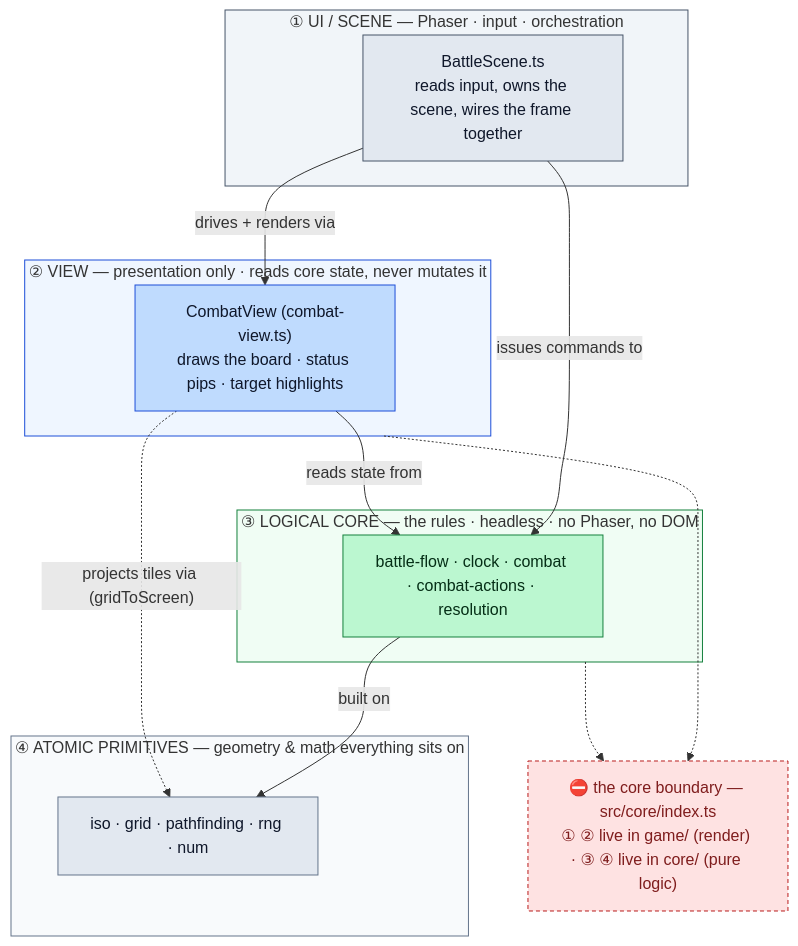
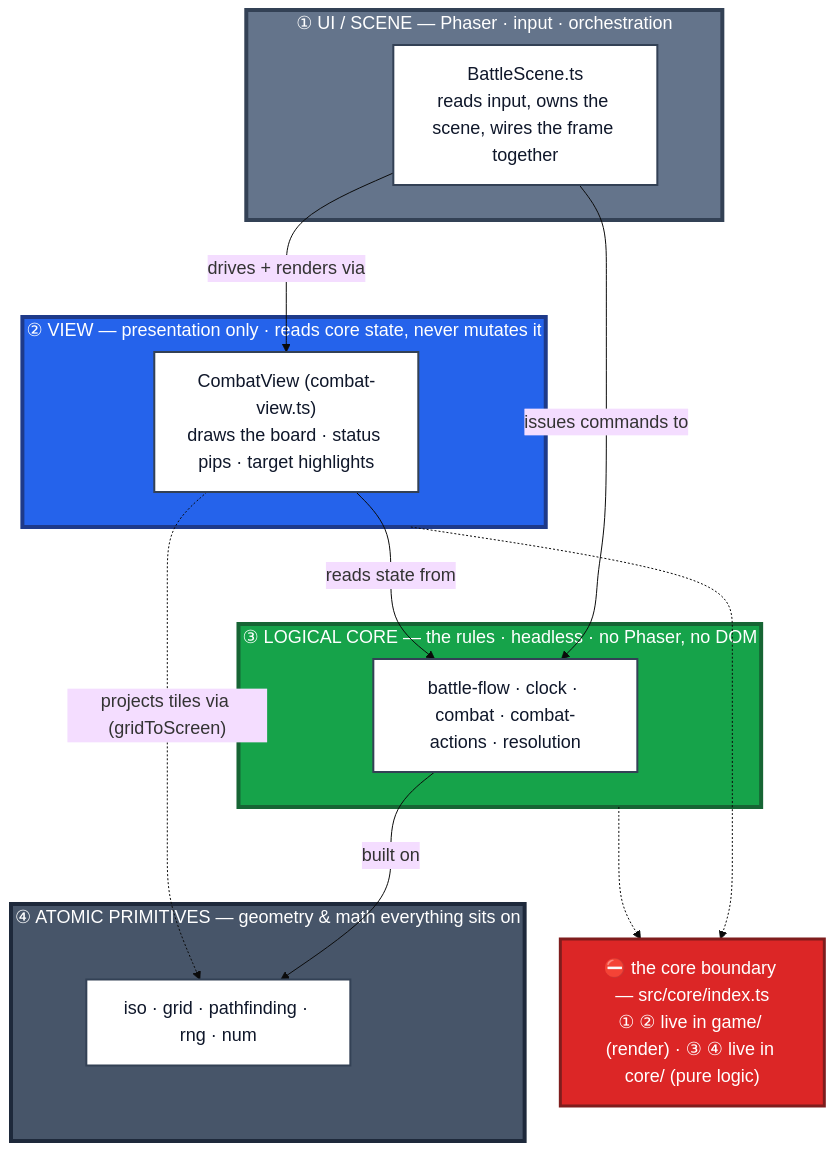
One commit to goplemms/campfire-tactics changed the diagram in docs/design/atlas/08b-processing-stack.md. Above: the diagram before and after it, drawn with Mermaid. The commit also changed 1 other file, not shown here.

Commit message:
docs(atlas): solid-color house style — clearer nesting, larger type
Apply review feedback to the two sample diagrams: replace the pale tinted
palette with solid, distinct scale colors (nesting now reads as concentric
frames), white content boxes for legibility, thicker borders, and a larger
base font via an init directive.

Claude-Session: https://claude.ai/code/session_018SNjNk4PK9FBHroT5abTFo

````diff
--- a/docs/design/atlas/08b-processing-stack.md
+++ b/docs/design/atlas/08b-processing-stack.md
@@ -9,46 +9,40 @@
 ```mermaid
+%%{init: {'theme':'base','themeVariables':{'fontSize':'18px','fontFamily':'ui-sans-serif, system-ui, sans-serif'},'flowchart':{'nodeSpacing':50,'rankSpacing':70,'padding':16}}}%%
 flowchart TB
   subgraph UI["① UI / SCENE — Phaser · input · orchestration"]
     BS["BattleScene.ts<br/>reads input, owns the scene, wires the frame together"]
   end
 
   subgraph VIEW["② VIEW — presentation only · reads core state, never mutates it"]
     CV["CombatView (combat-view.ts)<br/>draws the board · status pips · target highlights"]
   end
 
   subgraph LOGIC["③ LOGICAL CORE — the rules · headless · no Phaser, no DOM"]
     BF["battle-flow · clock · combat · combat-actions · resolution"]
   end
 
   subgraph ATOM["④ ATOMIC PRIMITIVES — geometry & math everything sits on"]
     PRIM["iso · grid · pathfinding · rng · num"]
   end
 
   BS -->|"drives + renders via"| CV
   BS -->|"issues commands to"| BF
   CV -->|"reads state from"| BF
   BF -->|"built on"| PRIM
   CV -.->|"projects tiles via (gridToScreen)"| PRIM
 
   %% ── the invariant that makes the split real ──
   BARRIER["⛔ the core boundary — src/core/index.ts<br/>① ② live in game/ (render) · ③ ④ live in core/ (pure logic)"]
   VIEW -.-> BARRIER
   LOGIC -.-> BARRIER
 
-  classDef ui fill:#E2E8F0,color:#0F172A,stroke:#475569,stroke-width:1px
-  classDef view fill:#BFDBFE,color:#0F172A,stroke:#1D4ED8,stroke-width:1px
-  classDef logic fill:#BBF7D0,color:#052E16,stroke:#15803D,stroke-width:1px
-  classDef atom fill:#E2E8F0,color:#0F172A,stroke:#64748B,stroke-width:1px
-  classDef barrier fill:#FEE2E2,color:#7F1D1D,stroke:#B91C1C,stroke-width:1px,stroke-dasharray:4 3
+  %% white content boxes; solid shelves carry the layer colour
+  classDef leaf fill:#ffffff,color:#0f172a,stroke:#334155,stroke-width:2px
+  class BS,CV,BF,PRIM leaf
 
-  class BS ui
-  class CV view
-  class BF logic
-  class PRIM atom
-  class BARRIER barrier
-
-  style UI fill:#F1F5F9,stroke:#475569
-  style VIEW fill:#EFF6FF,stroke:#1D4ED8
-  style LOGIC fill:#F0FDF4,stroke:#15803D
-  style ATOM fill:#F8FAFC,stroke:#64748B
+  style UI fill:#64748B,color:#ffffff,stroke:#334155,stroke-width:4px
+  style VIEW fill:#2563EB,color:#ffffff,stroke:#1E3A8A,stroke-width:4px
+  style LOGIC fill:#16A34A,color:#ffffff,stroke:#166534,stroke-width:4px
+  style ATOM fill:#475569,color:#ffffff,stroke:#1E293B,stroke-width:4px
+  style BARRIER fill:#DC2626,color:#ffffff,stroke:#7F1D1D,stroke-width:3px
 ```
````
